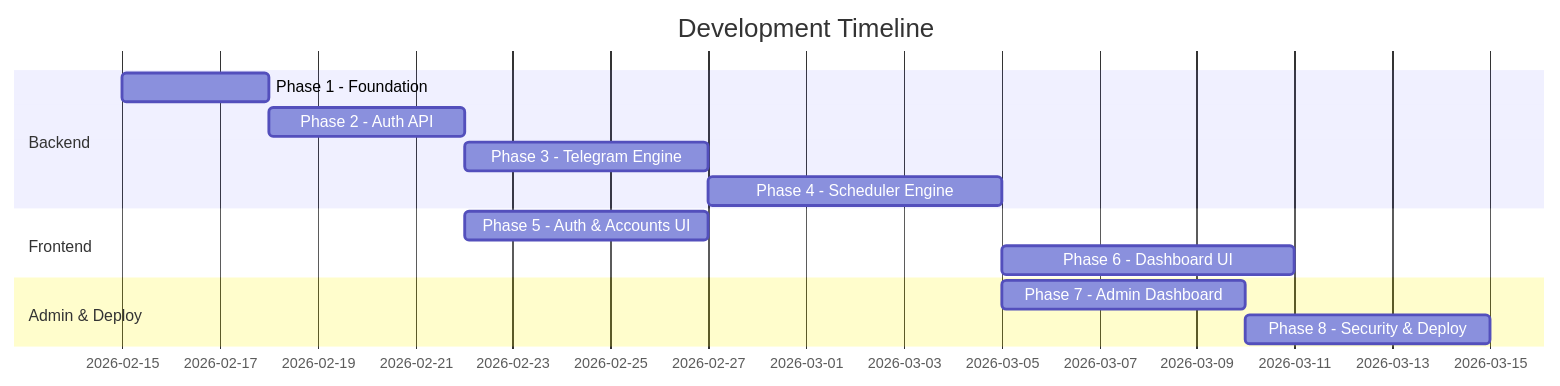
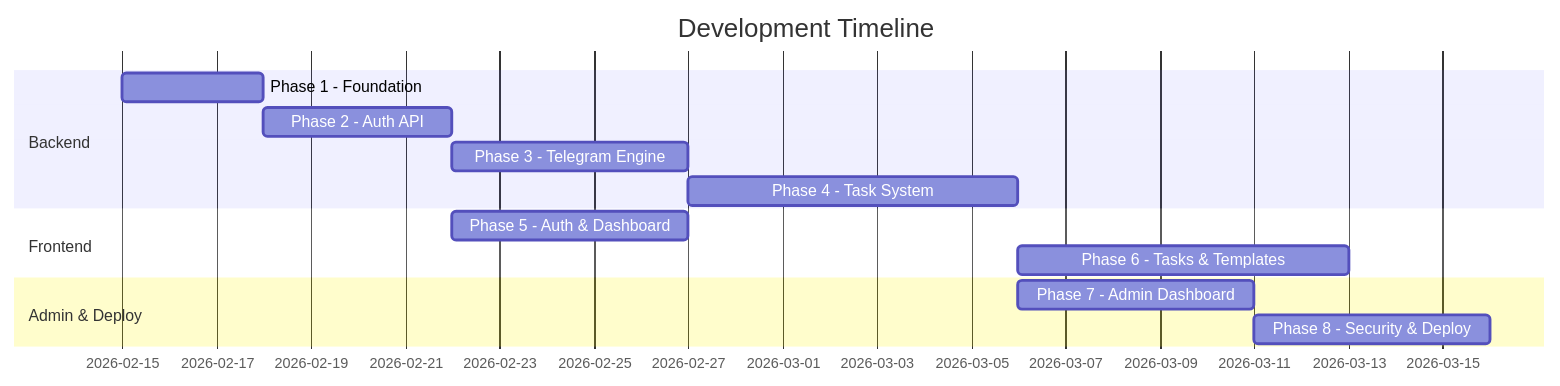
The diagram in roadmap.md (IamAshrafee/tg-scheduler-user-automation), drawn with Mermaid before and after one commit. The commit also changed other lines of this file and 1 other file, not shown here.

````diff
--- a/roadmap.md
+++ b/roadmap.md
@@ -771,19 +992,19 @@
 ```mermaid
 gantt
     title Development Timeline
     dateFormat  YYYY-MM-DD
     
     section Backend
     Phase 1 - Foundation        :p1, 2026-02-15, 3d
     Phase 2 - Auth API          :p2, after p1, 4d
     Phase 3 - Telegram Engine   :p3, after p2, 5d
-    Phase 4 - Scheduler Engine  :p4, after p3, 6d
+    Phase 4 - Task System       :p4, after p3, 7d
     
     section Frontend
-    Phase 5 - Auth & Accounts UI :p5, after p2, 5d
-    Phase 6 - Dashboard UI       :p6, after p4, 6d
+    Phase 5 - Auth & Dashboard  :p5, after p2, 5d
+    Phase 6 - Tasks & Templates :p6, after p4, 7d
     
     section Admin & Deploy
     Phase 7 - Admin Dashboard    :p7, after p4, 5d
     Phase 8 - Security & Deploy  :p8, after p7, 5d
 ```
````
